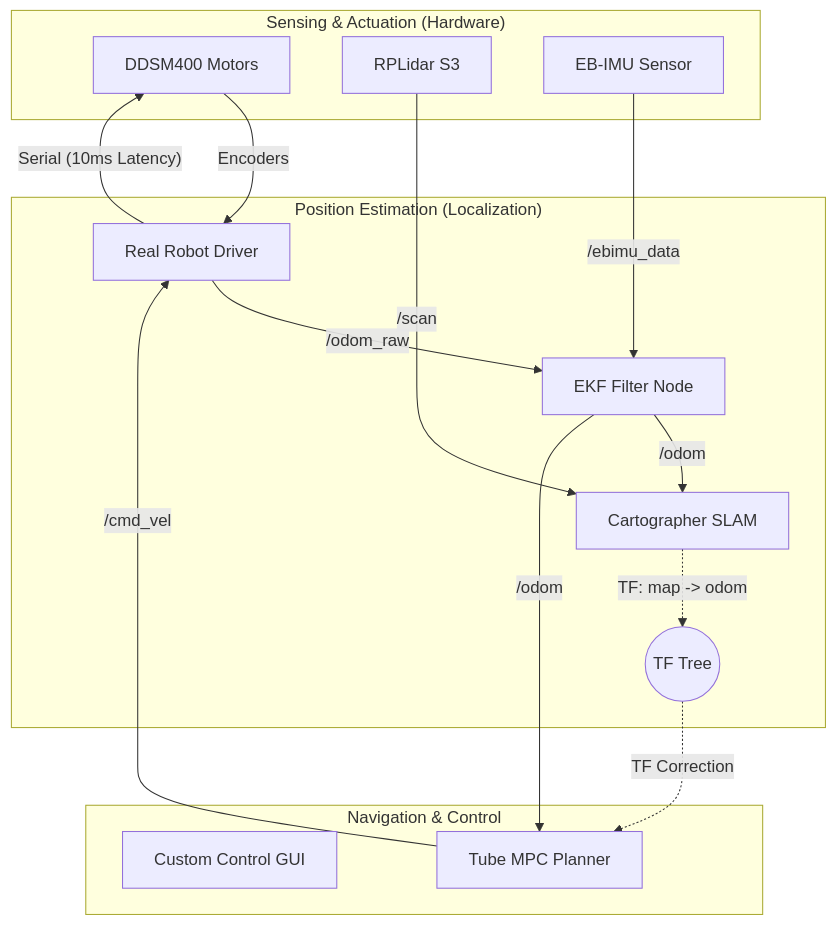
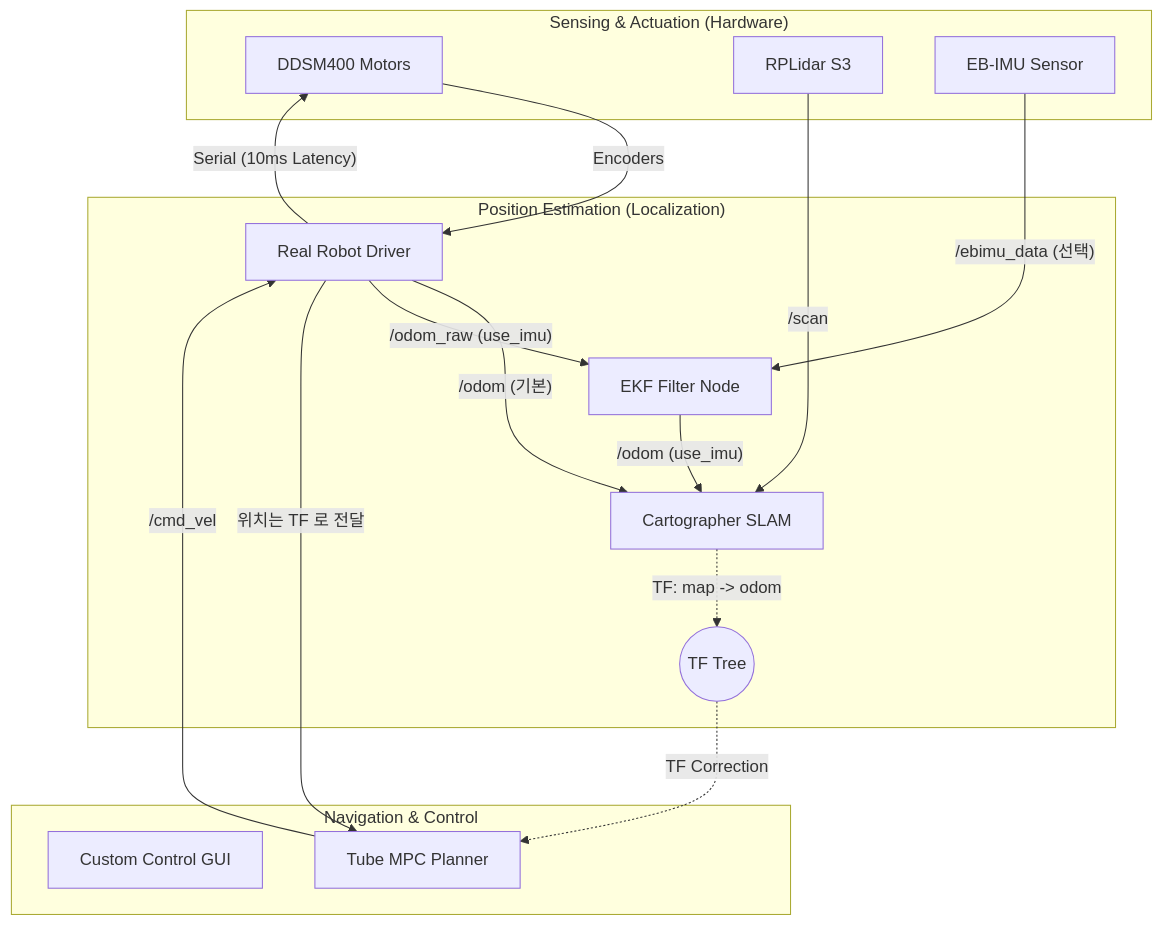
The diagram in README.md (jungguck/mobile_robot_proto_type), drawn with Mermaid before and after one commit. The commit also changed other lines of this file and 15 other files, not shown here.

````diff
--- a/README.md
+++ b/README.md
@@ -32,33 +53,34 @@
 ```mermaid
 graph TD
     subgraph "Sensing & Actuation (Hardware)"
         Motor[DDSM400 Motors]
         Lidar[RPLidar S3]
         IMU[EB-IMU Sensor]
     end
 
     subgraph "Position Estimation (Localization)"
         Driver[Real Robot Driver]
         EKF[EKF Filter Node]
         SLAM[Cartographer SLAM]
 
         Motor -->|Encoders| Driver
-        Driver -->|"/odom_raw"| EKF
-        IMU -->|"/ebimu_data"| EKF
+        Driver -->|"/odom (기본)"| SLAM
+        Driver -->|"/odom_raw (use_imu)"| EKF
+        IMU -->|"/ebimu_data (선택)"| EKF
 
         Lidar -->|"/scan"| SLAM
-        EKF -->|"/odom"| SLAM
+        EKF -->|"/odom (use_imu)"| SLAM
 
         SLAM -.->|"TF: map -> odom"| Global_Tree((TF Tree))
     end
 
     subgraph "Navigation & Control"
         GUI[Custom Control GUI]
         MPC[Tube MPC Planner]
 
-        EKF -->|"/odom"| MPC
+        Driver -->|"위치는 TF 로 전달"| MPC
         Global_Tree -.->|"TF Correction"| MPC
         MPC -->|"/cmd_vel"| Driver
         Driver -->|"Serial (10ms Latency)"| Motor
     end
 ```
````
